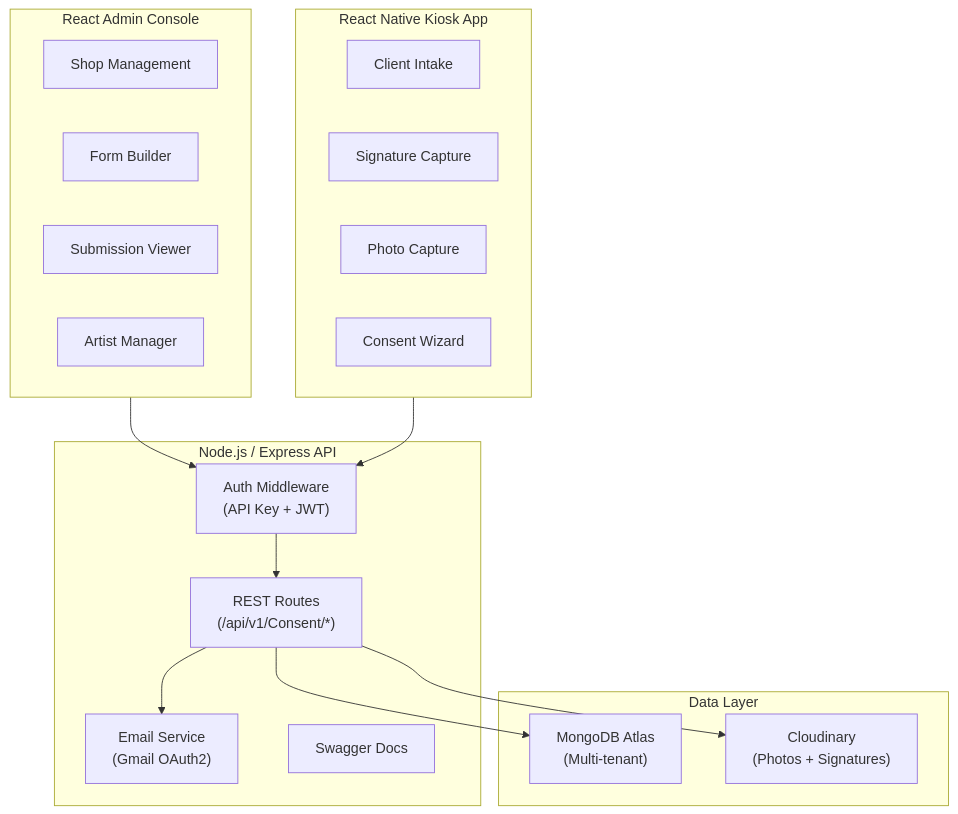
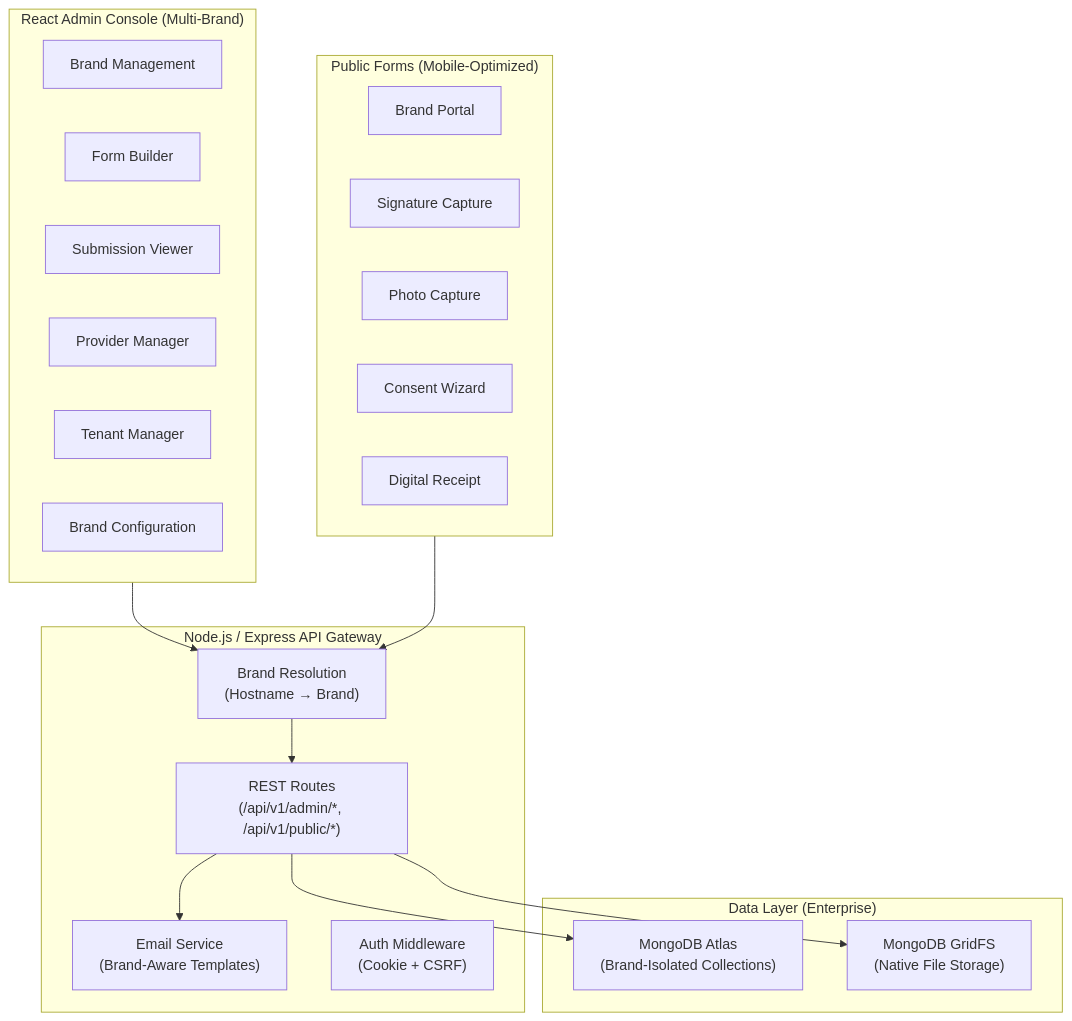
The first of 6 diagrams in architecture/diagrams.md (ruegreen/consent-saas-platform-architecture), drawn with Mermaid before and after one commit. The commit also changed other lines of this file and 5 other files, not shown here.

````diff
--- a/architecture/diagrams.md
+++ b/architecture/diagrams.md
@@ -5,35 +5,38 @@
 ```mermaid
 graph TB
-    subgraph Web["React Admin Console"]
-        ADMIN["Shop Management"]
+    subgraph Web["React Admin Console (Multi-Brand)"]
+        ADMIN["Brand Management"]
         FORMS["Form Builder"]
         SUBS["Submission Viewer"]
-        ARTISTS["Artist Manager"]
+        PROVIDERS["Provider Manager"]
+        TENANTS["Tenant Manager"]
+        BRAND_CONFIG["Brand Configuration"]
     end
 
-    subgraph Mobile["React Native Kiosk App"]
-        KIOSK["Client Intake"]
+    subgraph Mobile["Public Forms (Mobile-Optimized)"]
+        BRAND_PORTAL["Brand Portal"]
         SIG["Signature Capture"]
         CAM["Photo Capture"]
         WIZARD["Consent Wizard"]
+        RECEIPT["Digital Receipt"]
     end
 
-    subgraph API["Node.js / Express API"]
-        AUTH["Auth Middleware\n(API Key + JWT)"]
-        ROUTES["REST Routes\n(/api/v1/Consent/*)"]
-        MAILER["Email Service\n(Gmail OAuth2)"]
-        SWAGGER["Swagger Docs"]
+    subgraph API["Node.js / Express API Gateway"]
+        BRAND_RESOLUTION["Brand Resolution\n(Hostname → Brand)"]
+        ROUTES["REST Routes\n(/api/v1/admin/*, /api/v1/public/*)"]
+        MAILER["Email Service\n(Brand-Aware Templates)"]
+        AUTH["Auth Middleware\n(Cookie + CSRF)"]
     end
 
-    subgraph Data["Data Layer"]
-        MONGO["MongoDB Atlas\n(Multi-tenant)"]
-        CLOUD["Cloudinary\n(Photos + Signatures)"]
+    subgraph Data["Data Layer (Enterprise)"]
+        MONGO["MongoDB Atlas\n(Brand-Isolated Collections)"]
+        GRIDFS["MongoDB GridFS\n(Native File Storage)"]
     end
 
-    Web --> AUTH
-    Mobile --> AUTH
-    AUTH --> ROUTES
+    Web --> BRAND_RESOLUTION
+    Mobile --> BRAND_RESOLUTION
+    BRAND_RESOLUTION --> ROUTES
     ROUTES --> MONGO
-    ROUTES --> CLOUD
+    ROUTES --> GRIDFS
     ROUTES --> MAILER
 ```
````
